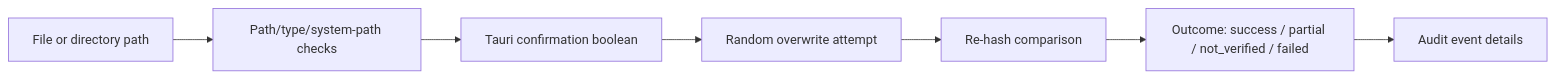
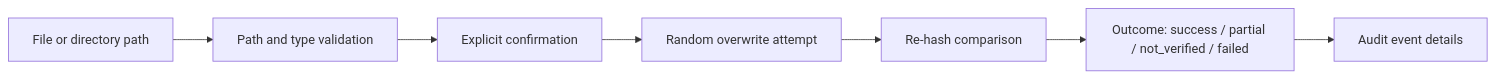
The second of 2 diagrams in docs/03_PROPOSED_SOLUTION.md (cyphric01-jpg/KRYVORA), drawn with Mermaid before and after one commit. The commit also changed other lines of this file and 18 other files, not shown here.

````diff
--- a/docs/03_PROPOSED_SOLUTION.md
+++ b/docs/03_PROPOSED_SOLUTION.md
@@ -38,9 +36,9 @@
 ```mermaid
 flowchart LR
-    T[File or directory path] --> I[Path/type/system-path checks]
-    I --> C[Tauri confirmation boolean]
+    T[File or directory path] --> I[Path and type validation]
+    I --> C[Explicit confirmation]
     C --> W[Random overwrite attempt]
     W --> H[Re-hash comparison]
     H --> O[Outcome: success / partial / not_verified / failed]
     O --> L[Audit event details]
 ```
````
